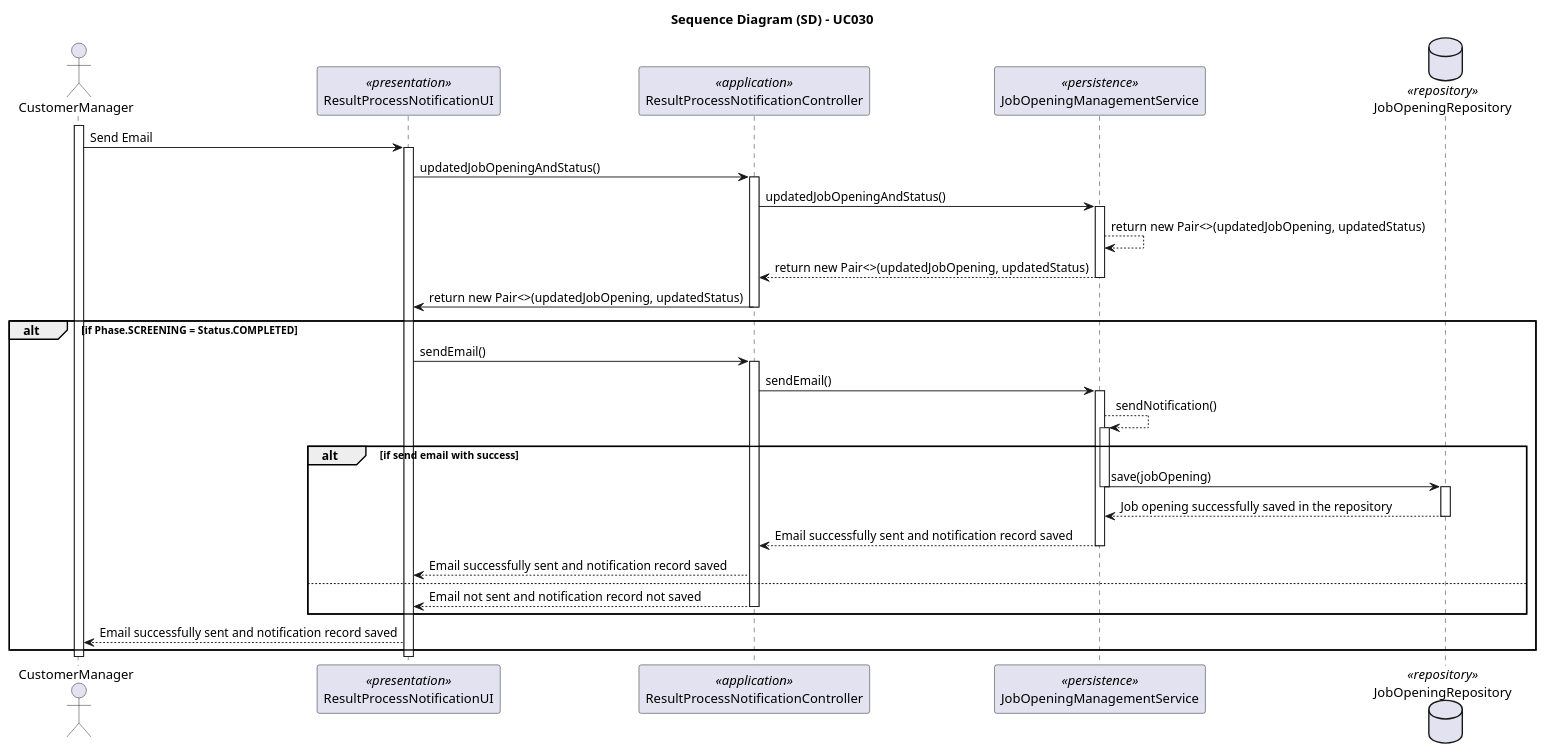
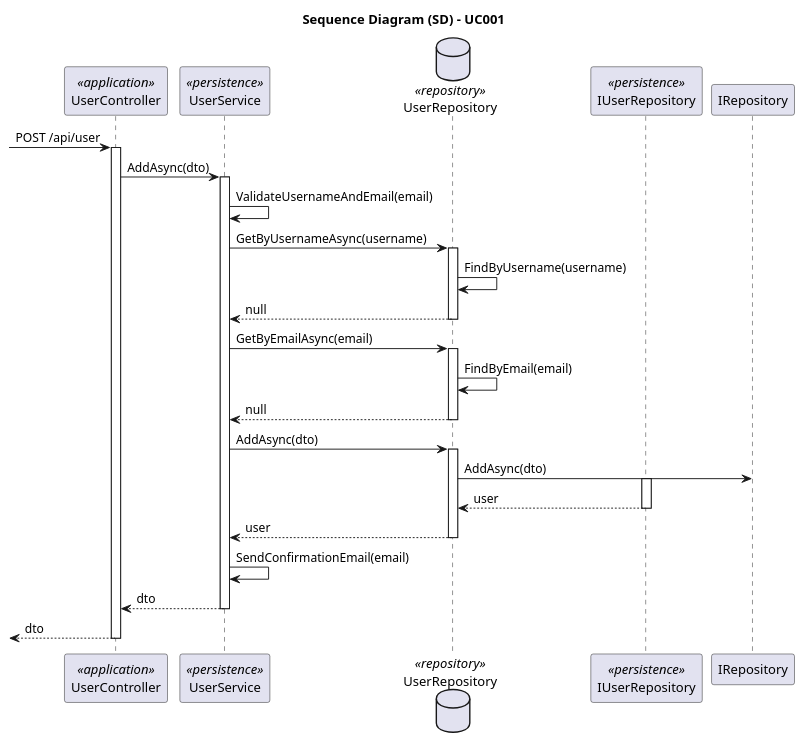
The diagram in docs/SprintA/UseCases/UC001/03.design/puml/uc001-sequence-diagram.puml (1221124/sem5pi-24-25-g031), drawn with PlantUML before and after one commit. The commit also changed 1 other file, not shown here.

```diff
--- a/docs/SprintA/UseCases/UC001/03.design/puml/uc001-sequence-diagram.puml
+++ b/docs/SprintA/UseCases/UC001/03.design/puml/uc001-sequence-diagram.puml
@@ -1,89 +1,72 @@
-@startuml
+@startuml uc001-sequence-diagram
+
 skinparam packageStyle rectangle
 skinparam shadowing false
 skinparam linetype polyline
 
 skinparam classAttributeIconSize 0
 
-title Sequence Diagram (SD) - UC030
+title Sequence Diagram (SD) - UC001
 
-actor CustomerManager as CM
-participant ResultProcessNotificationUI as UI <<presentation>>
-participant ResultProcessNotificationController as Controller <<application>>
-participant JobOpeningManagementService as Service <<persistence>>
-database JobOpeningRepository as Repository <<repository>>
+participant UserController as Controller <<application>>
+participant UserService as Service <<persistence>>
+database UserRepository as Repository <<repository>>
+participant IUserRepository as IRepo <<persistence>>
 
-activate CM
+-> Controller: POST /api/user
 
-CM -> UI: Send Email
+activate Controller
 
-activate UI
+    Controller -> Service: AddAsync(dto)
 
-    UI -> Controller: updatedJobOpeningAndStatus()
+    activate Service
 
-    activate Controller
+        Service -> Service: ValidateUsernameAndEmail(email)
 
-        Controller -> Service: updatedJobOpeningAndStatus()
+        Service -> Repository: GetByUsernameAsync(username)
+        
+        activate Repository
 
-        activate Service
+            Repository -> Repository: FindByUsername(username)
+            
+            Repository --> Service: null
 
-            Service --> Service: return new Pair<>(updatedJobOpening, updatedStatus)
+        deactivate Repository
 
-            Service --> Controller : return new Pair<>(updatedJobOpening, updatedStatus)
+        Service -> Repository: GetByEmailAsync(email)
+        
+        activate Repository
 
-        deactivate Service
+            Repository -> Repository: FindByEmail(email)
+            
+            Repository --> Service: null
 
-        Controller -> UI : return new Pair<>(updatedJobOpening, updatedStatus)
+        deactivate Repository
 
-    deactivate Controller
+        Service -> Repository: AddAsync(dto)
 
-        alt if Phase.SCREENING = Status.COMPLETED
+        activate Repository
 
-            UI -> Controller : sendEmail()
+            Repository -> IRepository: AddAsync(dto)
+            
+            activate IRepo
 
-            activate Controller
+                IRepo --> Repository: user
 
-                Controller -> Service : sendEmail()
-                activate Service
+            deactivate IRepo
+            
+            Repository --> Service: user
 
-                    Service --> Service : sendNotification()
+        deactivate Repository
 
-                    activate Service
+        Service -> Service: SendConfirmationEmail(email)
 
+        Service --> Controller: dto
 
-                    alt if send email with success
+    deactivate Service
 
-                        Service -> Repository : save(jobOpening)
-                    deactivate Service
+    <-- Controller: dto
 
-                        activate Repository
-
-                            Repository --> Service :  Job opening successfully saved in the repository
-
-                        deactivate Repository
-
-                    Service --> Controller : Email successfully sent and notification record saved
-
-                deactivate Service
-
-                Controller --> UI : Email successfully sent and notification record saved
-
-
-
-        else
-
-            Controller --> UI : Email not sent and notification record not saved
-
-            deactivate Controller
-
-        end alt
-
-            UI --> CM : Email successfully sent and notification record saved
-
-        end alt
-
-deactivate UI
-
-deactivate CM
+deactivate Controller
 
 @enduml
```
